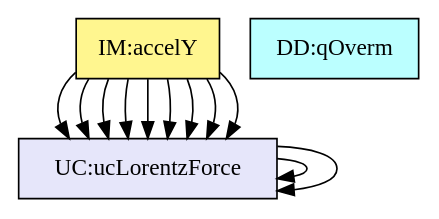
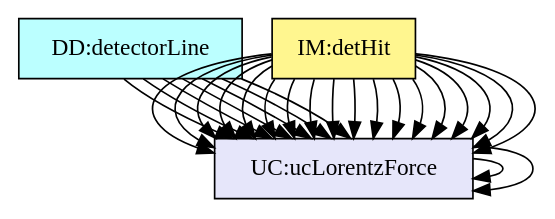
Before and after one commit to JoeZZG/Drasil741: the diagram in code/stable/trajecto/TraceyGraph/avsall.dot, drawn with Graphviz. The commit also changed 22 other files, not shown here.

```diff
--- a/code/stable/trajecto/TraceyGraph/avsall.dot
+++ b/code/stable/trajecto/TraceyGraph/avsall.dot
@@ -1,86 +1,109 @@
 digraph avsall {
+	dataDefn:Evec -> instance:prescribedFields;
+	dataDefn:Evec -> instance:eAxisAligned;
+	dataDefn:Bvec -> instance:prescribedFields;
+	dataDefn:Bvec -> instance:bPerpPlane;
+	dataDefn:Ri -> instance:rectRegions;
+	dataDefn:Ei -> instance:piecewiseUniform;
+	dataDefn:Ldet -> instance:lineDetector;
 	theory:lorentzForceCS -> instance:singleParticle;
 	theory:lorentzForceCS -> instance:prescribedFields;
 	theory:eqnMotionCS -> instance:singleParticle;
 	theory:eqnMotionCS -> instance:prescribedFields;
 	theory:eqnMotionCS -> instance:lorentzOnly;
-	theory:ax -> instance:prescribedFields;
-	theory:ax -> instance:twoDMotion;
-	theory:ax -> instance:bPerpPlane;
-	theory:ax -> instance:eAxisAligned;
+	theory:kin2DRC -> instance:twoDMotion;
+	theory:vCrossB -> instance:twoDMotion;
+	theory:vCrossB -> instance:bPerpPlane;
+	theory:dyn2DRC -> instance:prescribedFields;
+	theory:dyn2DRC -> instance:twoDMotion;
+	theory:dyn2DRC -> instance:bPerpPlane;
+	theory:dyn2DRC -> instance:eAxisAligned;
+	theory:stateEvolRC -> instance:singleParticle;
+	theory:stateEvolRC -> instance:noInteractions;
+	theory:stateEvolRC -> instance:twoDMotion;
+	theory:stateEvolRC -> instance:lorentzOnly;
+	theory:detHitIM -> instance:lineDetector;
+	theory:detHitIM -> instance:fullDetection;
 	instance:lcExtendTo3D -> instance:twoDMotion;
 	instance:ucLorentzForce -> instance:lorentzOnly;
 
 
 	instance:piecewiseUniform	[shape=box, color=black, style=filled, fillcolor=mistyrose, label="A:piecewiseUniform"];
 	instance:singleParticle	[shape=box, color=black, style=filled, fillcolor=mistyrose, label="A:singleParticle"];
 	instance:noInteractions	[shape=box, color=black, style=filled, fillcolor=mistyrose, label="A:noInteractions"];
 	instance:prescribedFields	[shape=box, color=black, style=filled, fillcolor=mistyrose, label="A:prescribedFields"];
 	instance:twoDMotion	[shape=box, color=black, style=filled, fillcolor=mistyrose, label="A:twoDMotion"];
 	instance:bPerpPlane	[shape=box, color=black, style=filled, fillcolor=mistyrose, label="A:bPerpPlane"];
 	instance:eAxisAligned	[shape=box, color=black, style=filled, fillcolor=mistyrose, label="A:eAxisAligned"];
 	instance:rectRegions	[shape=box, color=black, style=filled, fillcolor=mistyrose, label="A:rectRegions"];
 	instance:lineDetector	[shape=box, color=black, style=filled, fillcolor=mistyrose, label="A:lineDetector"];
 	instance:fullDetection	[shape=box, color=black, style=filled, fillcolor=mistyrose, label="A:fullDetection"];
 	instance:lorentzOnly	[shape=box, color=black, style=filled, fillcolor=mistyrose, label="A:lorentzOnly"];
 
 	subgraph A {
 	rank="same"
 	{instance:piecewiseUniform, instance:singleParticle, instance:noInteractions, instance:prescribedFields, instance:twoDMotion, instance:bPerpPlane, instance:eAxisAligned, instance:rectRegions, instance:lineDetector, instance:fullDetection, instance:lorentzOnly}
 	}
 
 	dataDefn:kappa	[shape=box, color=black, style=filled, fillcolor=paleturquoise1, label="DD:qOverm"];
+	dataDefn:s0	[shape=box, color=black, style=filled, fillcolor=paleturquoise1, label="DD:initState"];
+	dataDefn:Evec	[shape=box, color=black, style=filled, fillcolor=paleturquoise1, label="DD:eField"];
+	dataDefn:Bvec	[shape=box, color=black, style=filled, fillcolor=paleturquoise1, label="DD:bField"];
+	dataDefn:Ri	[shape=box, color=black, style=filled, fillcolor=paleturquoise1, label="DD:regionRect"];
+	dataDefn:Ei	[shape=box, color=black, style=filled, fillcolor=paleturquoise1, label="DD:fieldsByRegion"];
+	dataDefn:Ldet	[shape=box, color=black, style=filled, fillcolor=paleturquoise1, label="DD:detectorLine"];
 
 	subgraph DD {
 	rank="same"
-	{dataDefn:kappa}
+	{dataDefn:kappa, dataDefn:s0, dataDefn:Evec, dataDefn:Bvec, dataDefn:Ri, dataDefn:Ei, dataDefn:Ldet}
 	}
 
 	theory:velocityTM	[shape=box, color=black, style=filled, fillcolor=pink, label="TM:velocity"];
 	theory:accelerationTM	[shape=box, color=black, style=filled, fillcolor=pink, label="TM:acceleration"];
 	theory:lorentzForceCS	[shape=box, color=black, style=filled, fillcolor=pink, label="TM:lorentzForce"];
 	theory:eqnMotionCS	[shape=box, color=black, style=filled, fillcolor=pink, label="TM:eqnMotion"];
 
 	subgraph TM {
 	rank="same"
 	{theory:velocityTM, theory:accelerationTM, theory:lorentzForceCS, theory:eqnMotionCS}
 	}
 
-	theory:ax	[shape=box, color=black, style=filled, fillcolor=palegreen, label="GD:xAccelEM"];
-	theory:ay	[shape=box, color=black, style=filled, fillcolor=palegreen, label="GD:yAccelEM"];
+	theory:kin2DRC	[shape=box, color=black, style=filled, fillcolor=palegreen, label="GD:kin2D"];
+	theory:vCrossB	[shape=box, color=black, style=filled, fillcolor=palegreen, label="GD:vCrossB2D"];
+	theory:dyn2DRC	[shape=box, color=black, style=filled, fillcolor=palegreen, label="GD:dyn2D"];
 
 	subgraph GD {
 	rank="same"
-	{theory:ax, theory:ay}
+	{theory:kin2DRC, theory:vCrossB, theory:dyn2DRC}
 	}
 
-	theory:accelXIM	[shape=box, color=black, style=filled, fillcolor=khaki1, label="IM:accelX"];
-	theory:accelYIM	[shape=box, color=black, style=filled, fillcolor=khaki1, label="IM:accelY"];
+	theory:stateEvolRC	[shape=box, color=black, style=filled, fillcolor=khaki1, label="IM:stateEvol"];
+	theory:detHitIM	[shape=box, color=black, style=filled, fillcolor=khaki1, label="IM:detHit"];
 
 	subgraph IM {
 	rank="same"
-	{theory:accelXIM, theory:accelYIM}
+	{theory:stateEvolRC, theory:detHitIM}
 	}
 
 	instance:inputValues	[shape=box, color=black, style=filled, fillcolor=ivory, label="FR:inputValues"];
 	instance:echoInputs	[shape=box, color=black, style=filled, fillcolor=ivory, label="FR:echoInputs"];
 	instance:computeTraj	[shape=box, color=black, style=filled, fillcolor=ivory, label="FR:computeTraj"];
 	instance:reportOutputs	[shape=box, color=black, style=filled, fillcolor=ivory, label="FR:reportOutputs"];
 	instance:correct	[shape=box, color=black, style=filled, fillcolor=ivory, label="NFR:correct"];
 	instance:maintainable	[shape=box, color=black, style=filled, fillcolor=ivory, label="NFR:maintainable"];
 	instance:portable	[shape=box, color=black, style=filled, fillcolor=ivory, label="NFR:portable"];
 
 	subgraph FR {
 	rank="same"
 	{instance:inputValues, instance:echoInputs, instance:computeTraj, instance:reportOutputs, instance:correct, instance:maintainable, instance:portable}
 	}
 
 	instance:lcExtendTo3D	[shape=box, color=black, style=filled, fillcolor=lavender, label="LC:lcExtendTo3D"];
 	instance:ucLorentzForce	[shape=box, color=black, style=filled, fillcolor=lavender, label="UC:ucLorentzForce"];
 
 	subgraph LC {
 	rank="same"
 	{instance:lcExtendTo3D, instance:ucLorentzForce}
 	}
 
 }
```
